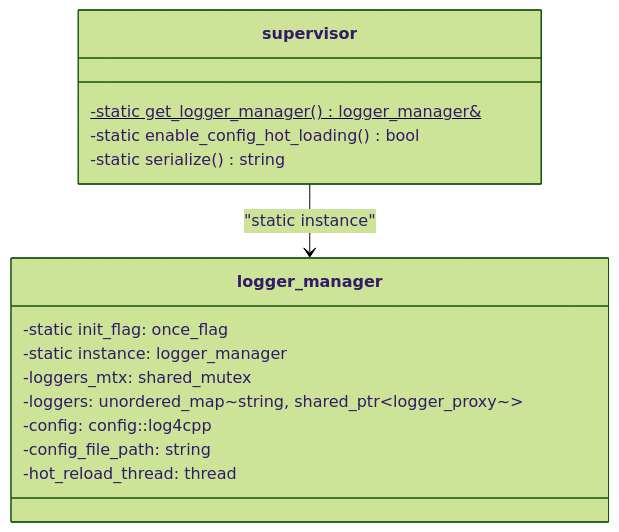
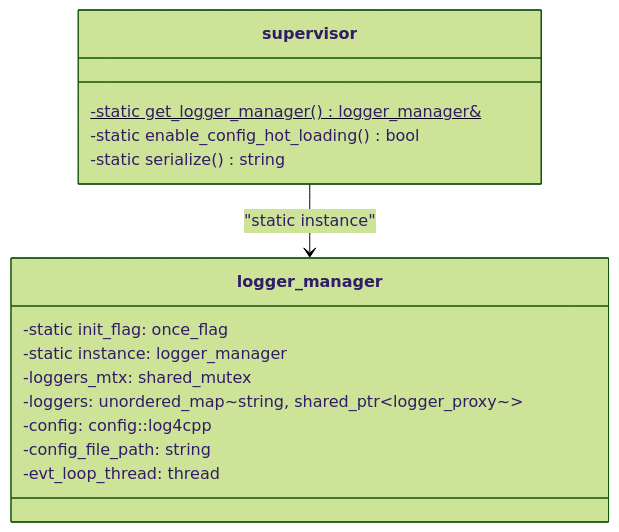
One commit to lwhttpdorg/log4cpp changed the fifth of 10 diagrams in docs/DESIGN.md. Above: the diagram before and after it, drawn with Mermaid (forest theme). The commit also changed other lines of this file and 20 other files, not shown here.

````diff
--- a/docs/DESIGN.md
+++ b/docs/DESIGN.md
@@ -458,20 +486,20 @@
 ```mermaid
 classDiagram
     class logger_manager {
         -static init_flag: once_flag
         -static instance: logger_manager
         -loggers_mtx: shared_mutex
         -loggers: unordered_map~string, shared_ptr~logger_proxy~~
         -config: config::log4cpp
         -config_file_path: string
-        -hot_reload_thread: thread
+        -evt_loop_thread: thread
     }
 
     class supervisor {
         -static get_logger_manager()$ logger_manager&
         -static enable_config_hot_loading() bool
         -static serialize() string
     }
 
     supervisor --> logger_manager : "static instance"
 ```
````
